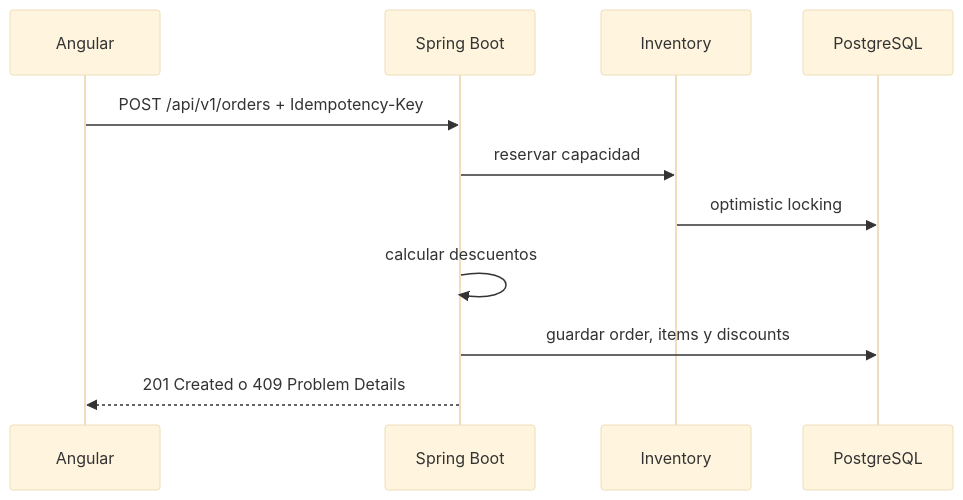
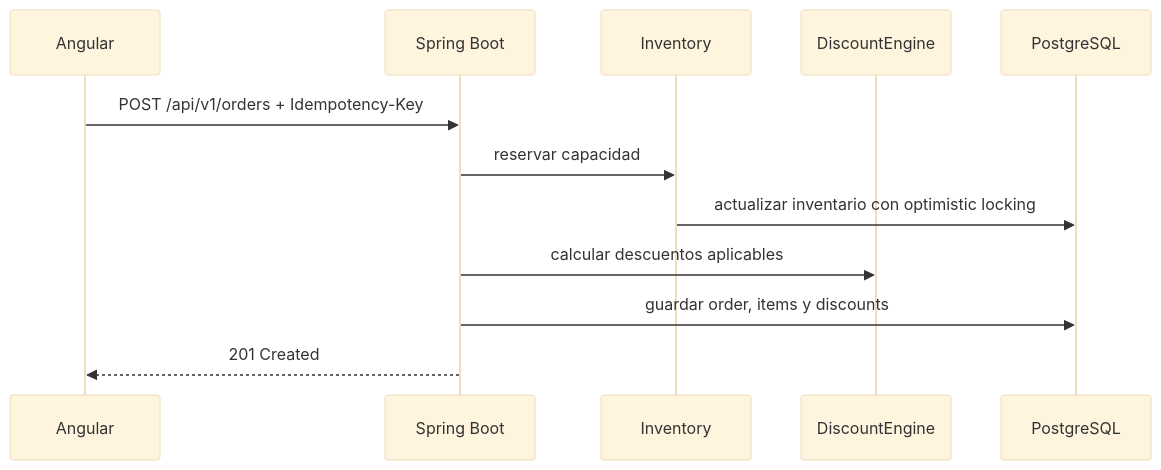
Before and after one commit to CristhianLagunaM/launchforge: the fourth of 8 diagrams in docs/architecture.md, drawn with Mermaid (base theme). The commit also changed other lines of this file and 30 other files, not shown here.

````diff
--- a/docs/architecture.md
+++ b/docs/architecture.md
@@ -18,13 +92,15 @@
 ```mermaid
 sequenceDiagram
     participant UI as Angular
     participant API as Spring Boot
     participant INV as Inventory
+    participant DISC as DiscountEngine
     participant DB as PostgreSQL
+
     UI->>API: POST /api/v1/orders + Idempotency-Key
     API->>INV: reservar capacidad
-    INV->>DB: optimistic locking
-    API->>API: calcular descuentos
+    INV->>DB: actualizar inventario con optimistic locking
+    API->>DISC: calcular descuentos aplicables
     API->>DB: guardar order, items y discounts
-    API-->>UI: 201 Created o 409 Problem Details
+    API-->>UI: 201 Created
 ```
````
